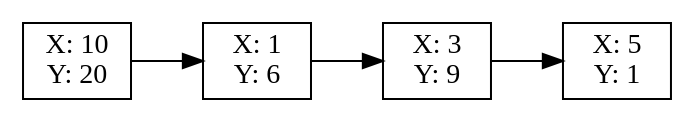
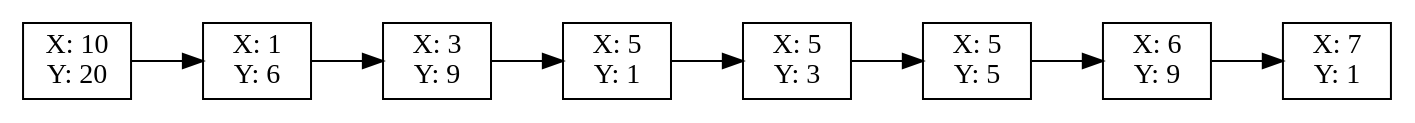
The diagram in tutorial.dot (ASique-4/-EDD_2S-BatallaNaval_202012039), drawn with Graphviz before and after one commit. The commit also changed 13 other files, not shown here.

```diff
--- a/tutorial.dot
+++ b/tutorial.dot
@@ -1,15 +1,27 @@
 digraph Tutorial {
 graph [rankdir = LR ]
 node [shape = box]
 0 [label="X: 10
 Y: 20"];
 0 -> 1
 1 [label="X: 1
 Y: 6"];
 1 -> 2
 2 [label="X: 3
 Y: 9"];
 2 -> 3
 3 [label="X: 5
 Y: 1"];
+3 -> 4
+4 [label="X: 5
+Y: 3"];
+4 -> 5
+5 [label="X: 5
+Y: 5"];
+5 -> 6
+6 [label="X: 6
+Y: 9"];
+6 -> 7
+7 [label="X: 7
+Y: 1"];
 }
```
